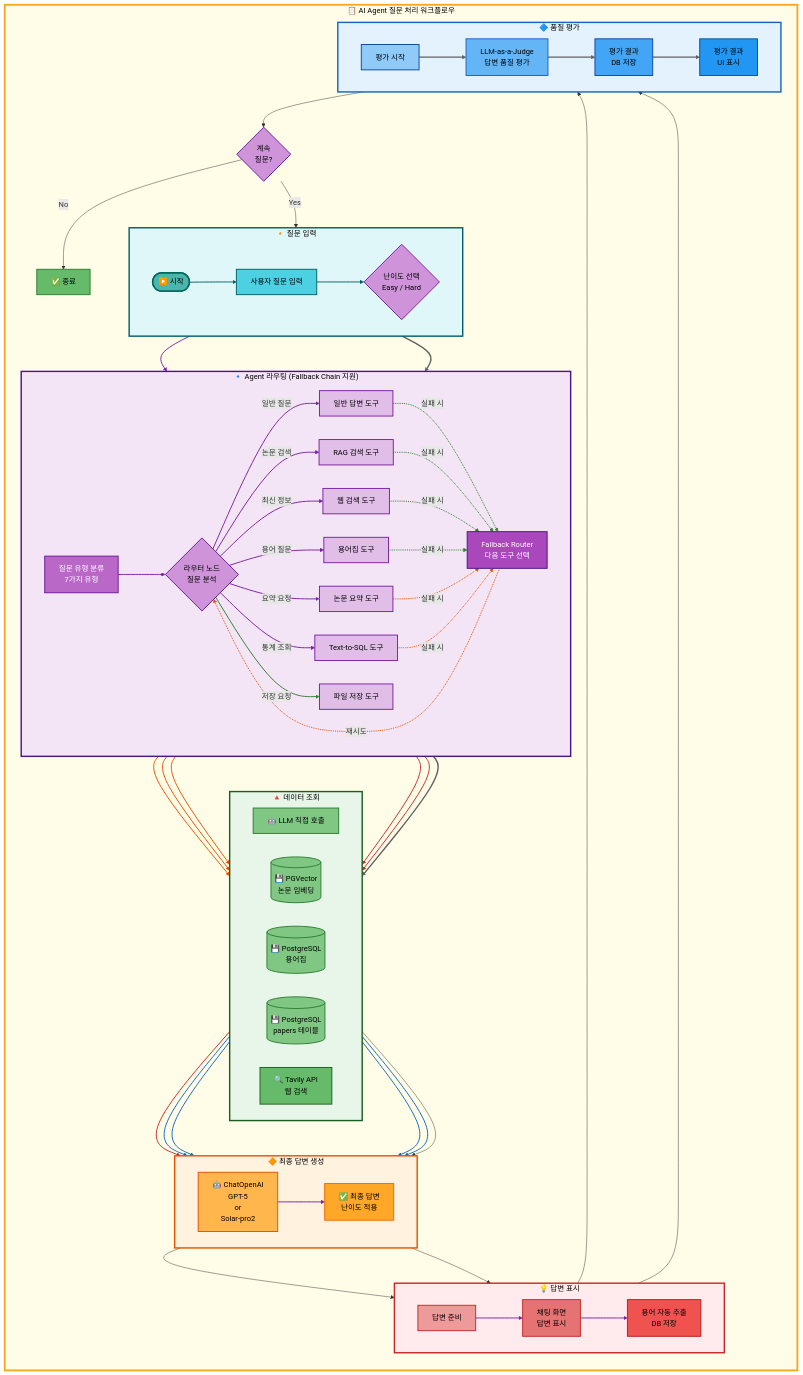
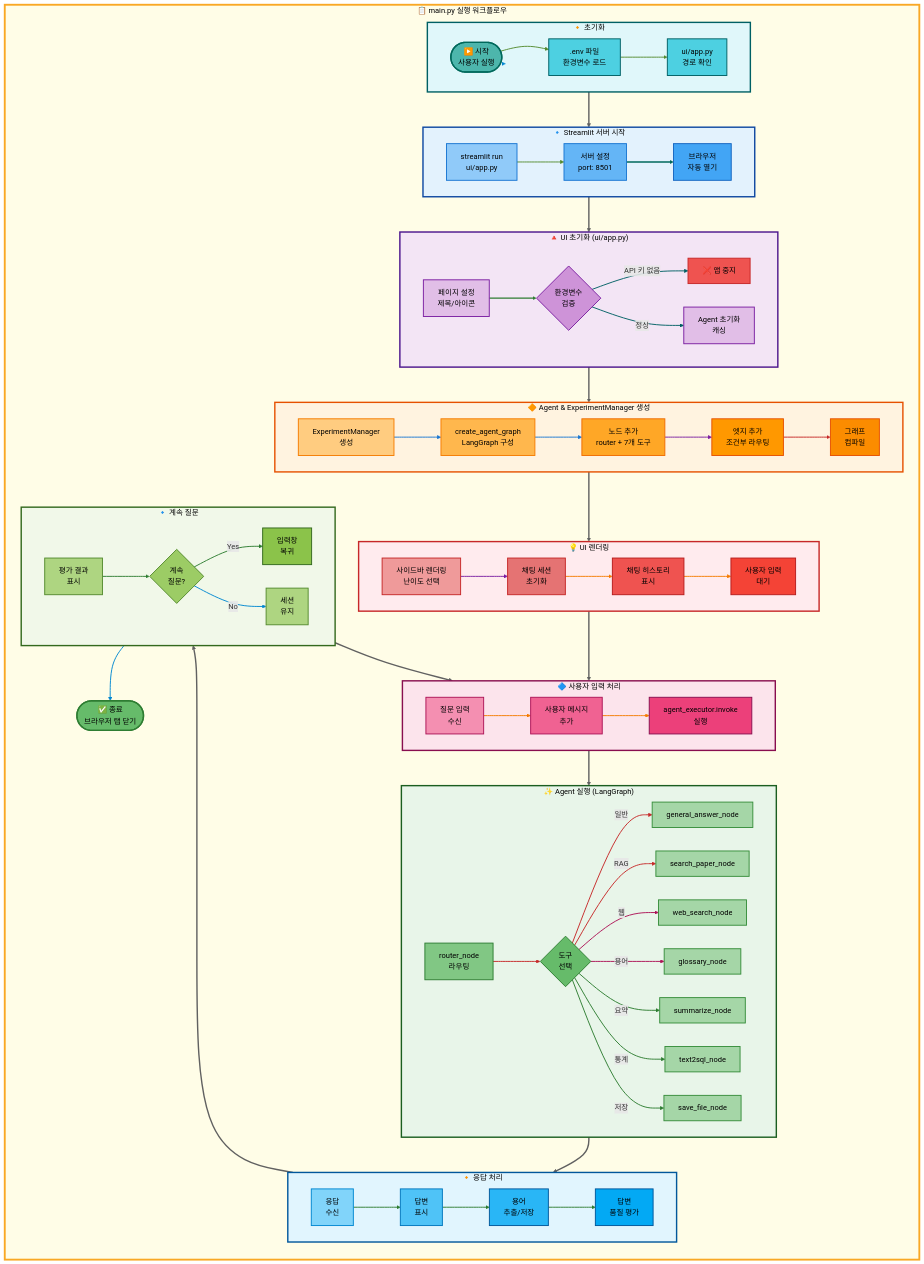
One commit to AIBootcamp14/langchainproject-new-langchainproject_5 changed the second of 3 diagrams in docs/modularization/01_프로젝트_구조.md. Above: the diagram before and after it, drawn with Mermaid. The commit also changed other lines of this file, not shown here.

Commit message:
fix: 전체 아키텍처(단순 흐름도) 다이어그램 수정

````diff
--- a/docs/modularization/01_프로젝트_구조.md
+++ b/docs/modularization/01_프로젝트_구조.md
@@ -117,184 +117,224 @@
 ```mermaid
 graph TB
-    subgraph MainFlow["📋 AI Agent 질문 처리 워크플로우"]
+    subgraph MainFlow["📋 main.py 실행 워크플로우"]
         direction TB
 
-        subgraph Input["🔸 질문 입력"]
+        subgraph Init["🔸 초기화"]
             direction LR
-            Start([▶️ 시작]) --> User[사용자 질문 입력]
-            User --> Difficulty{난이도 선택<br/>Easy / Hard}
+            Start([▶️ python main.py]) --> LoadEnv[.env 파일<br/>환경변수 로드]
+            LoadEnv --> CheckPath[ui/app.py<br/>경로 확인]
         end
 
-        subgraph AgentProcessing["🔹 Agent 라우팅 (Fallback Chain 지원)"]
+        subgraph Streamlit["🔹 Streamlit 서버 시작"]
             direction LR
-            Difficulty --> ClassifyQ[질문 유형 분류<br/>7가지 유형]
-            ClassifyQ --> Router{라우터 노드<br/>질문 분석}
-            Router -->|일반 질문| GeneralTool[일반 답변 도구]
-            Router -->|논문 검색| RAGTool[RAG 검색 도구]
-            Router -->|최신 정보| WebTool[웹 검색 도구]
-            Router -->|용어 질문| GlossaryTool[용어집 도구]
-            Router -->|요약 요청| SummarizeTool[논문 요약 도구]
-            Router -->|통계 조회| Text2SQLTool[Text-to-SQL 도구]
-            Router -->|저장 요청| SaveTool[파일 저장 도구]
-
-            GeneralTool -.->|실패 시| FallbackRouter[Fallback Router<br/>다음 도구 선택]
-            RAGTool -.->|실패 시| FallbackRouter
-            WebTool -.->|실패 시| FallbackRouter
-            GlossaryTool -.->|실패 시| FallbackRouter
-            SummarizeTool -.->|실패 시| FallbackRouter
-            Text2SQLTool -.->|실패 시| FallbackRouter
-            FallbackRouter -.->|재시도| Router
+            RunStreamlit[streamlit run<br/>ui/app.py] --> SetConfig[서버 설정<br/>port: 8501]
+            SetConfig --> OpenBrowser[브라우저<br/>자동 열기]
         end
 
-        subgraph DataRetrieval["🔺 데이터 조회"]
+        subgraph UIInit["🔺 UI 초기화 (ui/app.py)"]
             direction LR
-            GeneralTool --> LLMDirect[🤖 LLM 직접 호출]
-            RAGTool --> VectorDB[(💾 PGVector<br/>논문 임베딩)]
-            GlossaryTool --> PostgreSQL[(💾 PostgreSQL<br/>용어집)]
-            Text2SQLTool --> PostgreSQL2[(💾 PostgreSQL<br/>papers 테이블)]
-            WebTool --> TavilyAPI[🔍 Tavily API<br/>웹 검색]
+            PageConfig[페이지 설정<br/>제목/아이콘] --> ValidateEnv{환경변수<br/>검증}
+            ValidateEnv -->|API 키 없음| ErrorStop[❌ 앱 중지]
+            ValidateEnv -->|정상| InitAgent[Agent 초기화<br/>캐싱]
         end
 
-        subgraph ResponseGen["🔶 최종 답변 생성"]
+        subgraph AgentSetup["🔶 Agent & ExperimentManager 생성"]
             direction LR
-            LLMDirect --> LLM["🤖 ChatOpenAI<br>GPT-5<br>or<br>Solar-pro2"]
-            VectorDB --> LLM
-            PostgreSQL --> LLM
-            PostgreSQL2 --> LLM
-            TavilyAPI --> LLM
-            LLM --> Answer[✅ 최종 답변<br/>난이도 적용]
+            CreateExpMgr[ExperimentManager<br/>생성] --> CreateGraph[create_agent_graph<br/>LangGraph 구성]
+            CreateGraph --> AddNodes[노드 추가<br/>router + 7개 도구]
+            AddNodes --> AddEdges[엣지 추가<br/>조건부 라우팅]
+            AddEdges --> Compile[그래프<br/>컴파일]
         end
 
-        subgraph Display["💡 답변 표시"]
+        subgraph UIRender["💡 UI 렌더링"]
             direction LR
-            DispStart[답변 준비] --> ShowAnswer[채팅 화면<br/>답변 표시]
-            ShowAnswer --> SaveTerms[용어 자동 추출<br/>DB 저장]
+            RenderSidebar[사이드바 렌더링<br/>난이도 선택] --> InitChat[채팅 세션<br/>초기화]
+            InitChat --> ShowHistory[채팅 히스토리<br/>표시]
+            ShowHistory --> WaitInput[사용자 입력<br/>대기]
         end
 
-        subgraph Evaluation["🔷 품질 평가"]
+        subgraph UserInput["🔷 사용자 입력 처리"]
             direction LR
-            EvalStart[평가 시작] --> EvalAnswer[LLM-as-a-Judge<br/>답변 품질 평가]
-            EvalAnswer --> SaveEval[평가 결과<br/>DB 저장]
-            SaveEval --> ShowEval[평가 결과<br/>UI 표시]
+            InputReceived[질문 입력<br/>수신] --> AddUserMsg[사용자 메시지<br/>추가]
+            AddUserMsg --> InvokeAgent[agent_executor.invoke<br/>실행]
         end
 
+        subgraph AgentExec["✨ Agent 실행 (LangGraph)"]
+            direction LR
+            RouterNode[router_node<br/>라우팅] --> SelectTool{도구<br/>선택}
+            SelectTool -->|일반| GeneralNode[general_answer_node]
+            SelectTool -->|RAG| SearchNode[search_paper_node]
+            SelectTool -->|웹| WebNode[web_search_node]
+            SelectTool -->|용어| GlossaryNode[glossary_node]
+            SelectTool -->|요약| SummarizeNode[summarize_node]
+            SelectTool -->|통계| Text2SQLNode[text2sql_node]
+            SelectTool -->|저장| SaveNode[save_file_node]
+        end
+
+        subgraph Response["🔸 응답 처리"]
+            direction LR
+            GetResponse[응답<br/>수신] --> DisplayAnswer[답변<br/>표시]
+            DisplayAnswer --> ExtractTerms[용어<br/>추출/저장]
+            ExtractTerms --> Evaluate[답변<br/>품질 평가]
+        end
+
+        subgraph Continue["🔹 계속 질문"]
+            direction LR
+            ShowEval[평가 결과<br/>표시] --> WaitNext{계속<br/>질문?}
+            WaitNext -->|Yes| BackToInput[입력창<br/>복귀]
+            WaitNext -->|No| SessionEnd[세션<br/>유지]
+        end
+
+        %% 시작/종료 노드
+        Start([▶️ 시작<br/>사용자 실행]) --> Init
+        SessionEnd --> End([✅ 종료<br/>브라우저 탭 닫기])
+
         %% 단계 간 연결
-        Input --> AgentProcessing
-        AgentProcessing --> DataRetrieval
-        DataRetrieval --> ResponseGen
-        ResponseGen --> Display
-        Answer --> DispStart
-        Display --> Evaluation
-        SaveTerms --> EvalStart
-        ShowEval --> Continue{계속<br/>질문?}
-        Continue -->|Yes| Input
-        Continue -->|No| End[✅ 종료]
+        Init --> Streamlit
+        Streamlit --> UIInit
+        UIInit --> AgentSetup
+        AgentSetup --> UIRender
+        UIRender --> UserInput
+        UserInput --> AgentExec
+        AgentExec --> Response
+        Response --> Continue
+        BackToInput --> UserInput
     end
 
     %% 메인 워크플로우 배경
     style MainFlow fill:#fffde7,stroke:#f9a825,stroke-width:4px,color:#000
 
     %% Subgraph 스타일
-    style Input fill:#e0f7fa,stroke:#006064,stroke-width:3px,color:#000
-    style AgentProcessing fill:#f3e5f5,stroke:#4a148c,stroke-width:3px,color:#000
-    style DataRetrieval fill:#e8f5e9,stroke:#1b5e20,stroke-width:3px,color:#000
-    style ResponseGen fill:#fff3e0,stroke:#e65100,stroke-width:3px,color:#000
-    style Display fill:#ffebee,stroke:#c62828,stroke-width:3px,color:#000
-    style Evaluation fill:#e3f2fd,stroke:#1565c0,stroke-width:3px,color:#000
+    style Init fill:#e0f7fa,stroke:#006064,stroke-width:3px,color:#000
+    style Streamlit fill:#e3f2fd,stroke:#0d47a1,stroke-width:3px,color:#000
+    style UIInit fill:#f3e5f5,stroke:#4a148c,stroke-width:3px,color:#000
+    style AgentSetup fill:#fff3e0,stroke:#e65100,stroke-width:3px,color:#000
+    style UIRender fill:#ffebee,stroke:#c62828,stroke-width:3px,color:#000
+    style UserInput fill:#fce4ec,stroke:#880e4f,stroke-width:3px,color:#000
+    style AgentExec fill:#e8f5e9,stroke:#1b5e20,stroke-width:3px,color:#000
+    style Response fill:#e1f5fe,stroke:#01579b,stroke-width:3px,color:#000
+    style Continue fill:#f1f8e9,stroke:#33691e,stroke-width:3px,color:#000
 
-    %% 노드 스타일 (입력 - 청록 계열)
+    %% 노드 스타일 (시작/종료)
     style Start fill:#4db6ac,stroke:#00695c,stroke-width:3px,color:#000
-    style User fill:#4dd0e1,stroke:#006064,stroke-width:2px,color:#000
-    style Difficulty fill:#ce93d8,stroke:#7b1fa2,stroke-width:2px,color:#000
+    style End fill:#66bb6a,stroke:#2e7d32,stroke-width:3px,color:#000
 
-    %% 노드 스타일 (Agent - 보라 계열)
-    style ClassifyQ fill:#ba68c8,stroke:#6a1b9a,stroke-width:2px,color:#fff
-    style Router fill:#ce93d8,stroke:#6a1b9a,stroke-width:2px,color:#000
-    style GeneralTool fill:#e1bee7,stroke:#7b1fa2,stroke-width:2px,color:#000
-    style RAGTool fill:#e1bee7,stroke:#7b1fa2,stroke-width:2px,color:#000
-    style WebTool fill:#e1bee7,stroke:#7b1fa2,stroke-width:2px,color:#000
-    style GlossaryTool fill:#e1bee7,stroke:#7b1fa2,stroke-width:2px,color:#000
-    style SummarizeTool fill:#e1bee7,stroke:#7b1fa2,stroke-width:2px,color:#000
-    style Text2SQLTool fill:#e1bee7,stroke:#7b1fa2,stroke-width:2px,color:#000
-    style SaveTool fill:#e1bee7,stroke:#7b1fa2,stroke-width:2px,color:#000
-    style FallbackRouter fill:#ab47bc,stroke:#4a148c,stroke-width:2px,color:#fff
+    %% 노드 스타일 (초기화 - 청록)
+    style LoadEnv fill:#4dd0e1,stroke:#006064,stroke-width:2px,color:#000
+    style CheckPath fill:#4dd0e1,stroke:#006064,stroke-width:2px,color:#000
 
-    %% 노드 스타일 (데이터 조회 - 녹색 계열)
-    style LLMDirect fill:#81c784,stroke:#2e7d32,stroke-width:2px,color:#000
-    style VectorDB fill:#81c784,stroke:#2e7d32,stroke-width:2px,color:#000
-    style PostgreSQL fill:#81c784,stroke:#2e7d32,stroke-width:2px,color:#000
-    style PostgreSQL2 fill:#81c784,stroke:#2e7d32,stroke-width:2px,color:#000
-    style TavilyAPI fill:#66bb6a,stroke:#1b5e20,stroke-width:2px,color:#000
+    %% 노드 스타일 (Streamlit - 파랑)
+    style RunStreamlit fill:#90caf9,stroke:#1976d2,stroke-width:2px,color:#000
+    style SetConfig fill:#64b5f6,stroke:#1976d2,stroke-width:2px,color:#000
+    style OpenBrowser fill:#42a5f5,stroke:#1565c0,stroke-width:2px,color:#000
 
-    %% 노드 스타일 (답변 생성 - 주황 계열)
-    style LLM fill:#ffb74d,stroke:#e65100,stroke-width:2px,color:#000
-    style Answer fill:#ffa726,stroke:#ef6c00,stroke-width:2px,color:#000
+    %% 노드 스타일 (UI 초기화 - 보라)
+    style PageConfig fill:#e1bee7,stroke:#7b1fa2,stroke-width:2px,color:#000
+    style ValidateEnv fill:#ce93d8,stroke:#7b1fa2,stroke-width:2px,color:#000
+    style ErrorStop fill:#ef5350,stroke:#c62828,stroke-width:2px,color:#000
+    style InitAgent fill:#e1bee7,stroke:#7b1fa2,stroke-width:2px,color:#000
 
-    %% 노드 스타일 (답변 표시 - 빨강 계열)
-    style DispStart fill:#ef9a9a,stroke:#c62828,stroke-width:2px,color:#000
-    style ShowAnswer fill:#e57373,stroke:#c62828,stroke-width:2px,color:#000
-    style SaveTerms fill:#ef5350,stroke:#b71c1c,stroke-width:2px,color:#000
+    %% 노드 스타일 (Agent 생성 - 주황)
+    style CreateExpMgr fill:#ffcc80,stroke:#f57c00,stroke-width:2px,color:#000
+    style CreateGraph fill:#ffb74d,stroke:#f57c00,stroke-width:2px,color:#000
+    style AddNodes fill:#ffa726,stroke:#ef6c00,stroke-width:2px,color:#000
+    style AddEdges fill:#ff9800,stroke:#e65100,stroke-width:2px,color:#000
+    style Compile fill:#fb8c00,stroke:#e65100,stroke-width:2px,color:#000
 
-    %% 노드 스타일 (품질 평가 - 파랑 계열)
-    style EvalStart fill:#90caf9,stroke:#0d47a1,stroke-width:2px,color:#000
-    style EvalAnswer fill:#64b5f6,stroke:#1565c0,stroke-width:2px,color:#000
-    style SaveEval fill:#42a5f5,stroke:#0d47a1,stroke-width:2px,color:#000
-    style ShowEval fill:#2196f3,stroke:#01579b,stroke-width:2px,color:#000
+    %% 노드 스타일 (UI 렌더링 - 빨강)
+    style RenderSidebar fill:#ef9a9a,stroke:#c62828,stroke-width:2px,color:#000
+    style InitChat fill:#e57373,stroke:#c62828,stroke-width:2px,color:#000
+    style ShowHistory fill:#ef5350,stroke:#b71c1c,stroke-width:2px,color:#000
+    style WaitInput fill:#f44336,stroke:#b71c1c,stroke-width:2px,color:#000
 
-    %% 노드 스타일 (흐름 제어)
-    style Continue fill:#ce93d8,stroke:#6a1b9a,stroke-width:2px,color:#000
-    style End fill:#66bb6a,stroke:#2e7d32,stroke-width:2px,color:#000
+    %% 노드 스타일 (사용자 입력 - 핑크)
+    style InputReceived fill:#f48fb1,stroke:#ad1457,stroke-width:2px,color:#000
+    style AddUserMsg fill:#f06292,stroke:#ad1457,stroke-width:2px,color:#000
+    style InvokeAgent fill:#ec407a,stroke:#880e4f,stroke-width:2px,color:#000
 
-    %% 연결선 스타일 (단계별 색상)
-    %% 질문 입력 (청록 - 0~2)
-    linkStyle 0 stroke:#006064,stroke-width:2px
-    linkStyle 1 stroke:#006064,stroke-width:2px
+    %% 노드 스타일 (Agent 실행 - 녹색)
+    style RouterNode fill:#81c784,stroke:#2e7d32,stroke-width:2px,color:#000
+    style SelectTool fill:#66bb6a,stroke:#2e7d32,stroke-width:2px,color:#000
+    style GeneralNode fill:#a5d6a7,stroke:#388e3c,stroke-width:2px,color:#000
+    style SearchNode fill:#a5d6a7,stroke:#388e3c,stroke-width:2px,color:#000
+    style WebNode fill:#a5d6a7,stroke:#388e3c,stroke-width:2px,color:#000
+    style GlossaryNode fill:#a5d6a7,stroke:#388e3c,stroke-width:2px,color:#000
+    style SummarizeNode fill:#a5d6a7,stroke:#388e3c,stroke-width:2px,color:#000
+    style Text2SQLNode fill:#a5d6a7,stroke:#388e3c,stroke-width:2px,color:#000
+    style SaveNode fill:#a5d6a7,stroke:#388e3c,stroke-width:2px,color:#000
 
-    %% Agent 라우팅 (보라 - 3~10)
-    linkStyle 2 stroke:#7b1fa2,stroke-width:2px
-    linkStyle 3 stroke:#7b1fa2,stroke-width:2px
-    linkStyle 4 stroke:#7b1fa2,stroke-width:2px
-    linkStyle 5 stroke:#7b1fa2,stroke-width:2px
-    linkStyle 6 stroke:#7b1fa2,stroke-width:2px
-    linkStyle 7 stroke:#7b1fa2,stroke-width:2px
-    linkStyle 8 stroke:#7b1fa2,stroke-width:2px
+    %% 노드 스타일 (응답 처리 - 하늘색)
+    style GetResponse fill:#81d4fa,stroke:#0288d1,stroke-width:2px,color:#000
+    style DisplayAnswer fill:#4fc3f7,stroke:#0277bd,stroke-width:2px,color:#000
+    style ExtractTerms fill:#29b6f6,stroke:#01579b,stroke-width:2px,color:#000
+    style Evaluate fill:#03a9f4,stroke:#01579b,stroke-width:2px,color:#000
+
+    %% 노드 스타일 (계속 - 연두)
+    style ShowEval fill:#aed581,stroke:#558b2f,stroke-width:2px,color:#000
+    style WaitNext fill:#9ccc65,stroke:#558b2f,stroke-width:2px,color:#000
+    style BackToInput fill:#8bc34a,stroke:#33691e,stroke-width:2px,color:#000
+    style SessionEnd fill:#aed581,stroke:#558b2f,stroke-width:2px,color:#000
+
+    %% 연결선 스타일 (Continue 내부 0~2)
+    linkStyle 0 stroke:#558b2f,stroke-width:2px
+    linkStyle 1 stroke:#558b2f,stroke-width:2px
+    linkStyle 2 stroke:#558b2f,stroke-width:2px
+
+    %% 연결선 스타일 (시작/종료 3~4)
+    linkStyle 3 stroke:#00695c,stroke-width:3px
+    linkStyle 4 stroke:#2e7d32,stroke-width:3px
+
+    %% 연결선 스타일 (초기화 5~6)
+    linkStyle 5 stroke:#006064,stroke-width:2px
+    linkStyle 6 stroke:#006064,stroke-width:2px
+
+    %% 연결선 스타일 (Streamlit 7~8)
+    linkStyle 7 stroke:#1976d2,stroke-width:2px
+    linkStyle 8 stroke:#1976d2,stroke-width:2px
+
+    %% 연결선 스타일 (UI 초기화 9~11)
     linkStyle 9 stroke:#7b1fa2,stroke-width:2px
+    linkStyle 10 stroke:#c62828,stroke-width:2px
+    linkStyle 11 stroke:#7b1fa2,stroke-width:2px
 
-    %% 데이터 조회 (녹색 - 11~15)
-    linkStyle 10 stroke:#2e7d32,stroke-width:2px
-    linkStyle 11 stroke:#2e7d32,stroke-width:2px
-    linkStyle 12 stroke:#2e7d32,stroke-width:2px
-    linkStyle 13 stroke:#2e7d32,stroke-width:2px
-    linkStyle 14 stroke:#2e7d32,stroke-width:2px
+    %% 연결선 스타일 (Agent 생성 12~15)
+    linkStyle 12 stroke:#f57c00,stroke-width:2px
+    linkStyle 13 stroke:#f57c00,stroke-width:2px
+    linkStyle 14 stroke:#f57c00,stroke-width:2px
+    linkStyle 15 stroke:#f57c00,stroke-width:2px
 
-    %% 답변 생성 (주황 - 16~21)
-    linkStyle 15 stroke:#e65100,stroke-width:2px
-    linkStyle 16 stroke:#e65100,stroke-width:2px
-    linkStyle 17 stroke:#e65100,stroke-width:2px
-    linkStyle 18 stroke:#e65100,stroke-width:2px
-    linkStyle 19 stroke:#e65100,stroke-width:2px
-    linkStyle 20 stroke:#e65100,stroke-width:2px
+    %% 연결선 스타일 (UI 렌더링 16~18)
+    linkStyle 16 stroke:#c62828,stroke-width:2px
+    linkStyle 17 stroke:#c62828,stroke-width:2px
+    linkStyle 18 stroke:#c62828,stroke-width:2px
 
-    %% 답변 표시 (빨강 - 22~24)
-    linkStyle 21 stroke:#c62828,stroke-width:2px
-    linkStyle 22 stroke:#c62828,stroke-width:2px
-    linkStyle 23 stroke:#c62828,stroke-width:2px
+    %% 연결선 스타일 (사용자 입력 19~20)
+    linkStyle 19 stroke:#ad1457,stroke-width:2px
+    linkStyle 20 stroke:#ad1457,stroke-width:2px
 
-    %% 품질 평가 (파랑 - 25~28)
-    linkStyle 24 stroke:#1565c0,stroke-width:2px
-    linkStyle 25 stroke:#1565c0,stroke-width:2px
-    linkStyle 26 stroke:#1565c0,stroke-width:2px
-    linkStyle 27 stroke:#1565c0,stroke-width:2px
+    %% 연결선 스타일 (Agent 실행 21~28)
+    linkStyle 21 stroke:#2e7d32,stroke-width:2px
+    linkStyle 22 stroke:#2e7d32,stroke-width:2px
+    linkStyle 23 stroke:#2e7d32,stroke-width:2px
+    linkStyle 24 stroke:#2e7d32,stroke-width:2px
+    linkStyle 25 stroke:#2e7d32,stroke-width:2px
+    linkStyle 26 stroke:#2e7d32,stroke-width:2px
+    linkStyle 27 stroke:#2e7d32,stroke-width:2px
+    linkStyle 28 stroke:#2e7d32,stroke-width:2px
 
-    %% 흐름 제어 (보라 - 29~31)
-    linkStyle 28 stroke:#7b1fa2,stroke-width:2px
-    linkStyle 29 stroke:#7b1fa2,stroke-width:2px
-    linkStyle 30 stroke:#7b1fa2,stroke-width:2px
+    %% 연결선 스타일 (응답 처리 29~31)
+    linkStyle 29 stroke:#0288d1,stroke-width:2px
+    linkStyle 30 stroke:#0288d1,stroke-width:2px
+    linkStyle 31 stroke:#0288d1,stroke-width:2px
 
-    %% 단계 간 연결 (회색 - 32~36)
-    linkStyle 31 stroke:#616161,stroke-width:3px
+    %% 단계 간 연결 (회색 32~40)
     linkStyle 32 stroke:#616161,stroke-width:3px
     linkStyle 33 stroke:#616161,stroke-width:3px
     linkStyle 34 stroke:#616161,stroke-width:3px
     linkStyle 35 stroke:#616161,stroke-width:3px
+    linkStyle 36 stroke:#616161,stroke-width:3px
+    linkStyle 37 stroke:#616161,stroke-width:3px
+    linkStyle 38 stroke:#616161,stroke-width:3px
+    linkStyle 39 stroke:#616161,stroke-width:3px
+    linkStyle 40 stroke:#616161,stroke-width:3px
 ```
````
